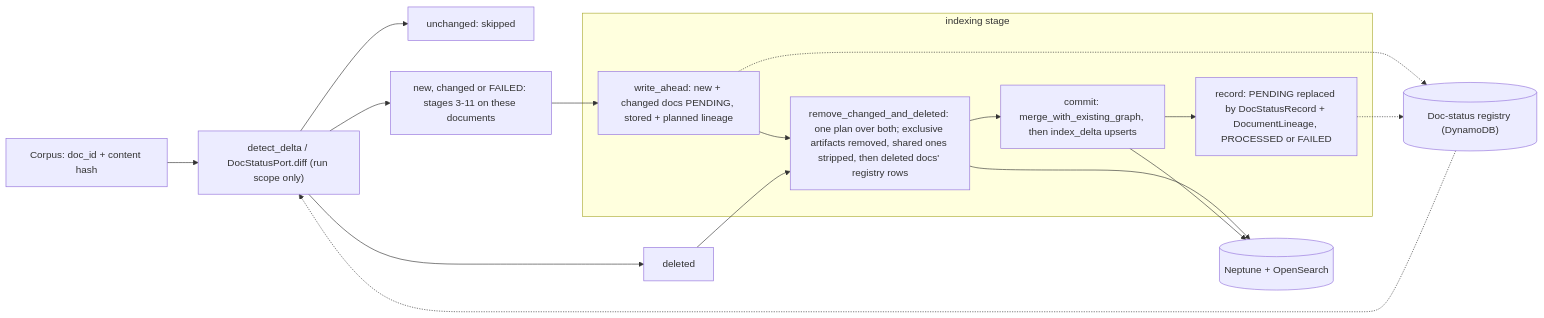
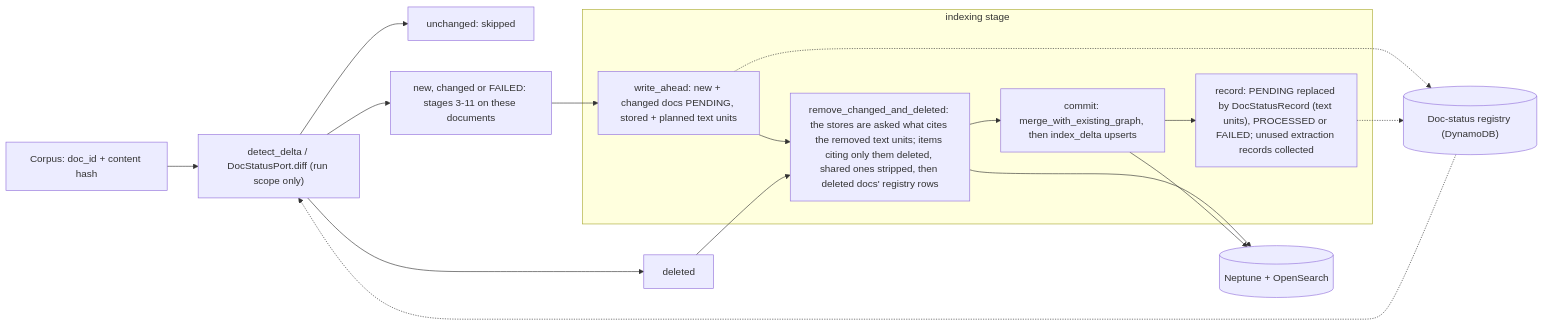
Before and after one commit to awslabs/unified-kg-rag-on-aws: the second of 2 diagrams in docs/design.ko.md, drawn with Mermaid. The commit also changed other lines of this file and 68 other files, not shown here.

First line of the commit message:
feat(incremental): remove by text unit with a namespace-keyed registry (#327)

````diff
--- a/docs/design.ko.md
+++ b/docs/design.ko.md
@@ -257,21 +257,21 @@
 ```mermaid
 flowchart LR
     corpus["Corpus: doc_id + content hash"] --> diff["detect_delta / DocStatusPort.diff (run scope only)"]
     registry[("Doc-status registry (DynamoDB)")] -.-> diff
     diff --> unchanged["unchanged: skipped"]
     diff --> work["new, changed or FAILED: stages 3-11 on these documents"]
     diff --> deleted["deleted"]
     subgraph indexing["indexing stage"]
-        wal["write_ahead: new + changed docs PENDING, stored + planned lineage"]
-        remove["remove_changed_and_deleted: one plan over both; exclusive artifacts removed, shared ones stripped, then deleted docs' registry rows"]
+        wal["write_ahead: new + changed docs PENDING, stored + planned text units"]
+        remove["remove_changed_and_deleted: the stores are asked what cites the removed text units; items citing only them deleted, shared ones stripped, then deleted docs' registry rows"]
         commit["commit: merge_with_existing_graph, then index_delta upserts"]
-        record["record: PENDING replaced by DocStatusRecord + DocumentLineage, PROCESSED or FAILED"]
+        record["record: PENDING replaced by DocStatusRecord (text units), PROCESSED or FAILED; unused extraction records collected"]
         wal --> remove --> commit --> record
     end
     work --> wal
     deleted --> remove
     wal -.-> registry
     remove --> stores[("Neptune + OpenSearch")]
     commit --> stores
     record -.-> registry
 ```
````
